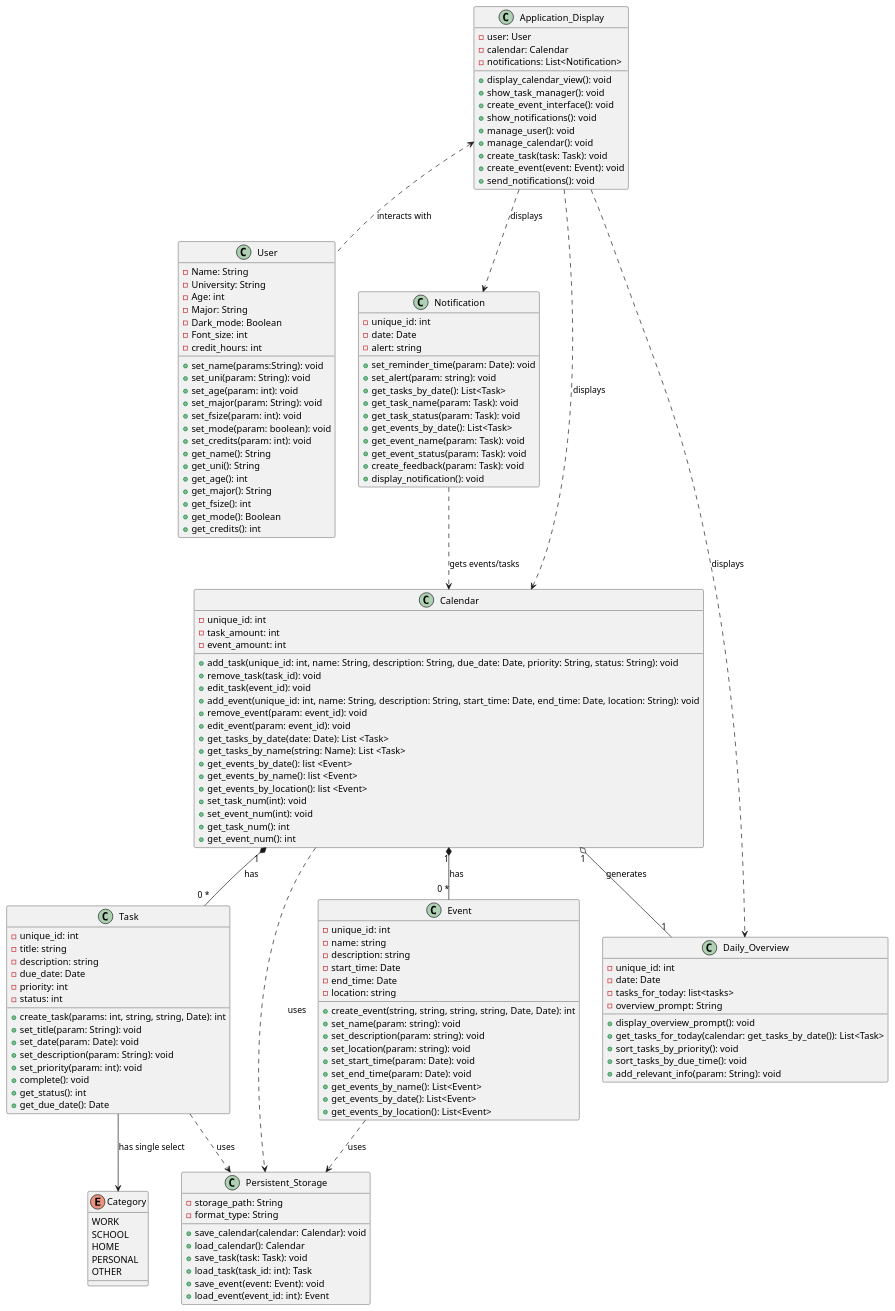
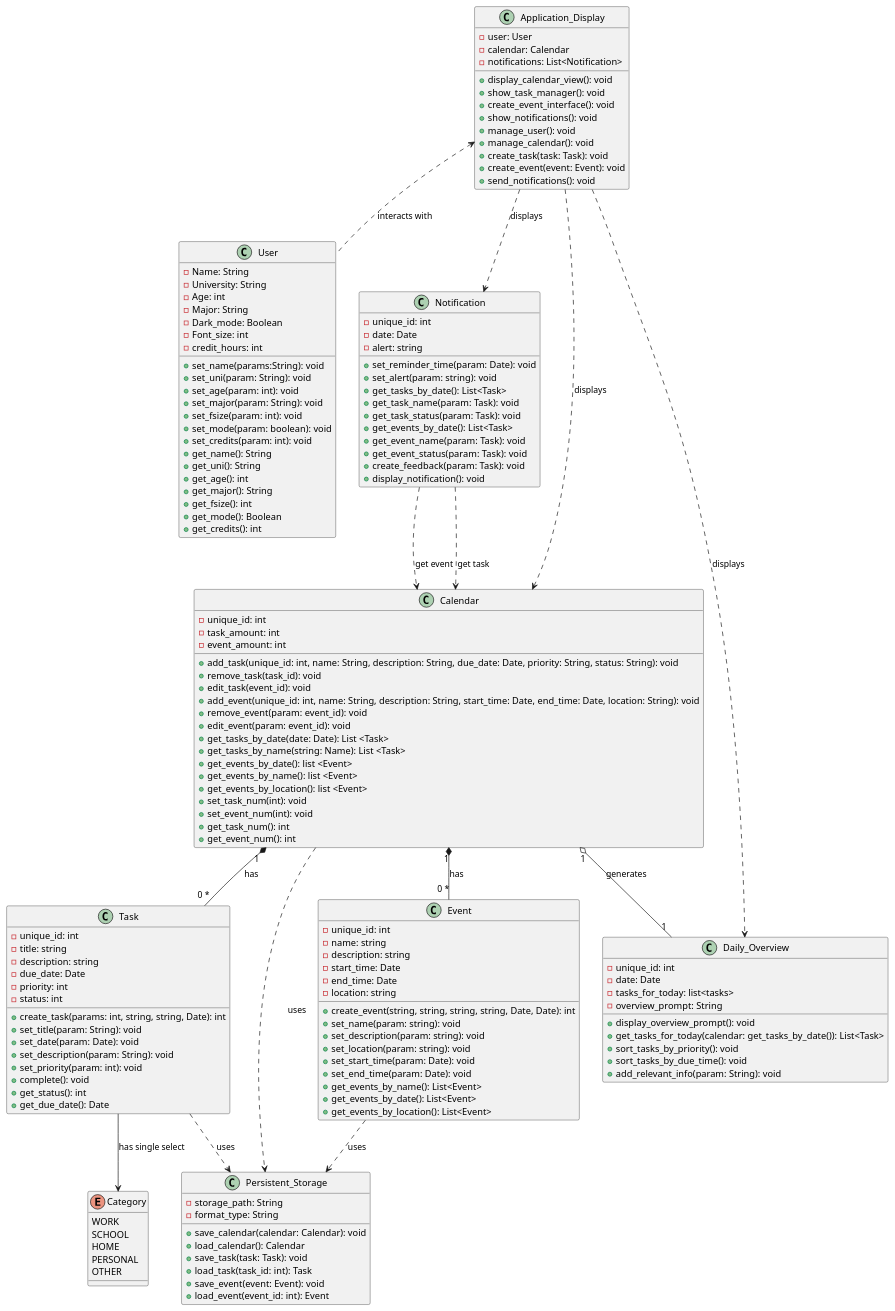
The diagram in assignment6/Diagram.puml (CS361-2024Fall-Term/Innovators), drawn with PlantUML before and after one commit.

Commit message:
Updated notification relations

```diff
--- a/assignment6/Diagram.puml
+++ b/assignment6/Diagram.puml
@@ -1,164 +1,165 @@
 @startuml
 
 class User {
   -Name: String
   -University: String
   -Age: int
   -Major: String
   -Dark_mode: Boolean
   -Font_size: int
   -credit_hours: int
   +set_name(params:String): void
   +set_uni(param: String): void
   +set_age(param: int): void
   +set_major(param: String): void
   +set_fsize(param: int): void
   +set_mode(param: boolean): void
   +set_credits(param: int): void
   +get_name(): String
   +get_uni(): String
   +get_age(): int
   +get_major(): String
   +get_fsize(): int
   +get_mode(): Boolean
   +get_credits(): int
 }
 
 class Calendar {
   -unique_id: int  
   -task_amount: int
   -event_amount: int
   +add_task(unique_id: int, name: String, description: String, due_date: Date, priority: String, status: String): void
   +remove_task(task_id): void
   +edit_task(event_id): void
   +add_event(unique_id: int, name: String, description: String, start_time: Date, end_time: Date, location: String): void
   +remove_event(param: event_id): void
   +edit_event(param: event_id): void
   +get_tasks_by_date(date: Date): List <Task>
   +get_tasks_by_name(string: Name): List <Task>
   +get_events_by_date(): list <Event>
   +get_events_by_name(): list <Event>
   +get_events_by_location(): list <Event>
   +set_task_num(int): void
   +set_event_num(int): void
   +get_task_num(): int
   +get_event_num(): int
 }
 
 class Task {
   -unique_id: int
   -title: string
   -description: string
   -due_date: Date
   -priority: int
   -status: int
   +create_task(params: int, string, string, Date): int
   +set_title(param: String): void
   +set_date(param: Date): void
   +set_description(param: String): void
   +set_priority(param: int): void
   +complete(): void
   +get_status(): int
   +get_due_date(): Date
 }
 
 enum Category {
   WORK
   SCHOOL
   HOME
   PERSONAL
   OTHER
 }
 
 class Notification {
   -unique_id: int  
   -date: Date
   -alert: string
   
   +set_reminder_time(param: Date): void
   +set_alert(param: string): void
   +get_tasks_by_date(): List<Task>
   +get_task_name(param: Task): void
   +get_task_status(param: Task): void
   +get_events_by_date(): List<Task>
   +get_event_name(param: Task): void
   +get_event_status(param: Task): void
   +create_feedback(param: Task): void
   +display_notification(): void
 }
 
 class Event {
   -unique_id: int  
   -name: string
   -description: string
   -start_time: Date
   -end_time: Date
   -location: string
   +create_event(string, string, string, string, Date, Date): int
   +set_name(param: string): void
   +set_description(param: string): void
   +set_location(param: string): void
   +set_start_time(param: Date): void
   +set_end_time(param: Date): void
   +get_events_by_name(): List<Event>
   +get_events_by_date(): List<Event>
   +get_events_by_location(): List<Event>
 }
 
 class Daily_Overview {
     -unique_id: int
     -date: Date
     -tasks_for_today: list<tasks>
     -overview_prompt: String
 
     +display_overview_prompt(): void
     +get_tasks_for_today(calendar: get_tasks_by_date()): List<Task>
     +sort_tasks_by_priority(): void
     +sort_tasks_by_due_time(): void
     +add_relevant_info(param: String): void
 }
 
 class Application_Display {
   -user: User
   -calendar: Calendar
   -notifications: List<Notification>
   +display_calendar_view(): void
   +show_task_manager(): void
   +create_event_interface(): void
   +show_notifications(): void
   +manage_user(): void
   +manage_calendar(): void
   +create_task(task: Task): void
   +create_event(event: Event): void
   +send_notifications(): void
 }
 
 class Persistent_Storage {
   -storage_path: String
   -format_type: String
   +save_calendar(calendar: Calendar): void
   +load_calendar(): Calendar
   +save_task(task: Task): void
   +load_task(task_id: int): Task
   +save_event(event: Event): void
   +load_event(event_id: int): Event
 }
 
 Application_Display ..> Calendar : "displays"
 Application_Display ..> Notification : "displays"
 Application_Display ..> Daily_Overview : "displays"
 Application_Display <.. User : "interacts with"
 
 Calendar "1" *-- "0 *" Task : "has"
 Calendar "1" *-- "0 *" Event : "has"
 Calendar "1" o-- "1" Daily_Overview : "generates"
 Calendar ..> Persistent_Storage : "uses"
 
 Task --> Category : "has single select"
 Task ..> Persistent_Storage : "uses"
 
 Event ..> Persistent_Storage : "uses"
 
-Notification ..> Calendar : "gets events/tasks"
+Notification ..> Calendar : "get event"
+Notification ..> Calendar : "get task"
 
 @enduml
```
